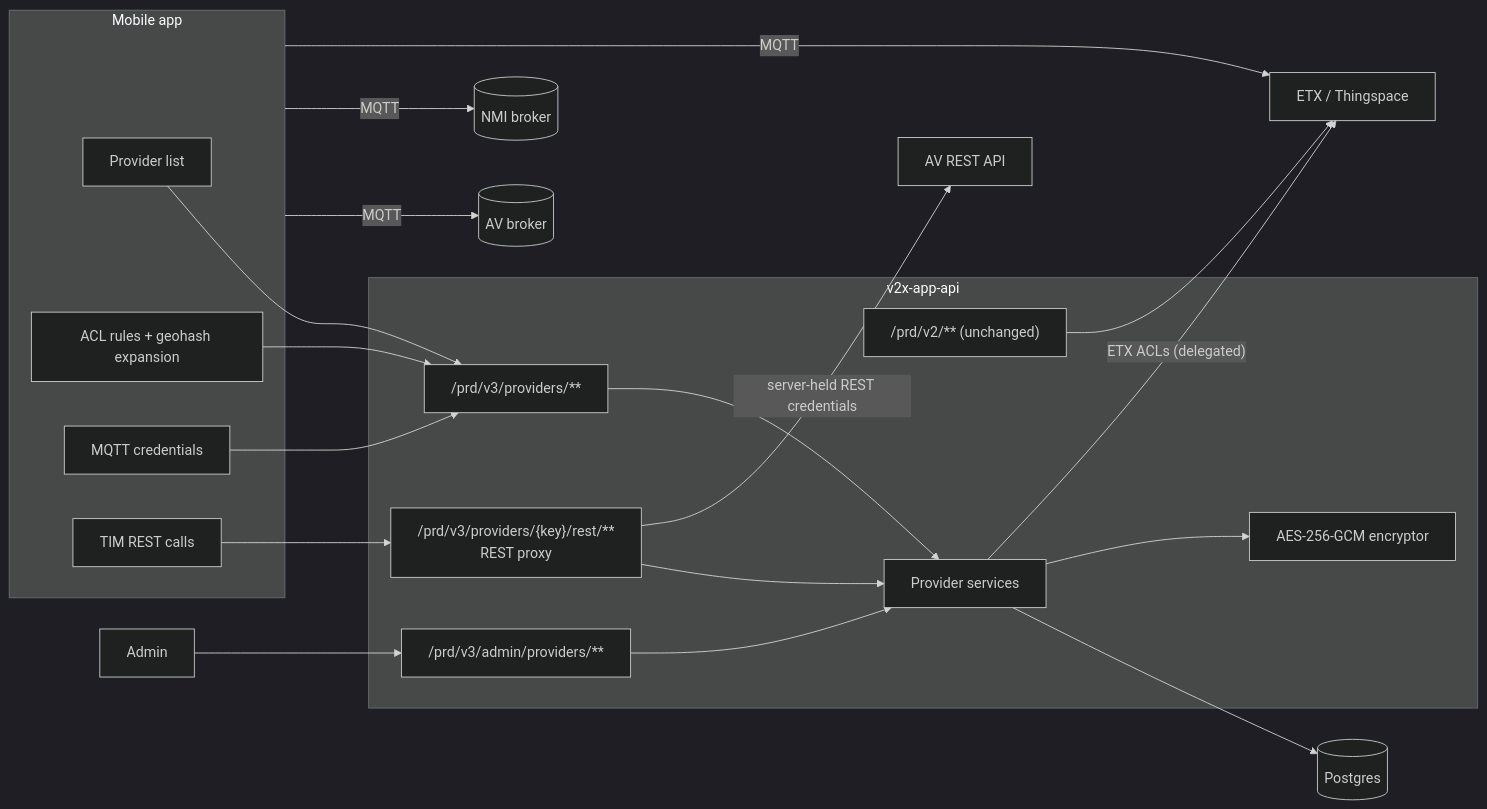
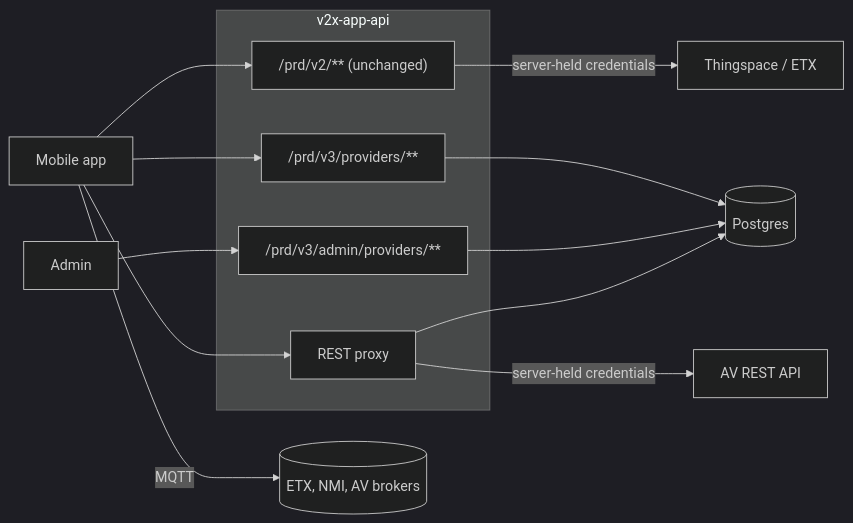
Before and after one commit to usdot-fhwa-stol/v2x-app-api: the diagram in docs/design/mqtt-providers.md, drawn with Mermaid (dark theme). The commit also changed other lines of this file, not shown here.

First line of the commit message:
Revise MQTT provider design from review feedback

````diff
--- a/docs/design/mqtt-providers.md
+++ b/docs/design/mqtt-providers.md
@@ -60,35 +57,22 @@
 ```mermaid
 flowchart LR
-    subgraph App[Mobile app]
-        A1[Provider list]
-        A2[ACL rules + geohash expansion]
-        A3[MQTT credentials]
-        A4[TIM REST calls]
-    end
-
+    App[Mobile app]
+    Admin[Admin]
     subgraph API[v2x-app-api]
         V2["/prd/v2/** (unchanged)"]
-        V3M["/prd/v3/providers/**"]
-        PX["/prd/v3/providers/{key}/rest/**<br/>REST proxy"]
-        V3A["/prd/v3/admin/providers/**"]
-        SVC[Provider services]
-        ENC[AES-256-GCM encryptor]
+        V3["/prd/v3/providers/**"]
+        PX["REST proxy"]
+        ADM["/prd/v3/admin/providers/**"]
     end
+    DB[(Postgres)]
+    TS[Thingspace / ETX]
+    AVR[AV REST API]
+    Brokers[(ETX, NMI, AV brokers)]
 
-    DB[(Postgres)]
-    ETX[ETX / Thingspace]
-    AVB[(AV broker)]
-    AVR[AV REST API]
-    NMI[(NMI broker)]
-
-    A1 & A2 & A3 --> V3M
-    A4 --> PX
-    Admin[Admin] --> V3A
-    V3M & V3A & PX --> SVC
-    SVC --> DB
-    SVC --> ENC
-    SVC -- "ETX ACLs (delegated)" --> ETX
-    PX -- "server-held REST credentials" --> AVR
-    V2 --> ETX
-    App -- MQTT --> AVB & NMI & ETX
+    App --> V2 & V3 & PX
+    Admin --> ADM
+    V3 & ADM & PX --> DB
+    V2 -- "server-held credentials" --> TS
+    PX -- "server-held credentials" --> AVR
+    App -- MQTT --> Brokers
 ```
````
